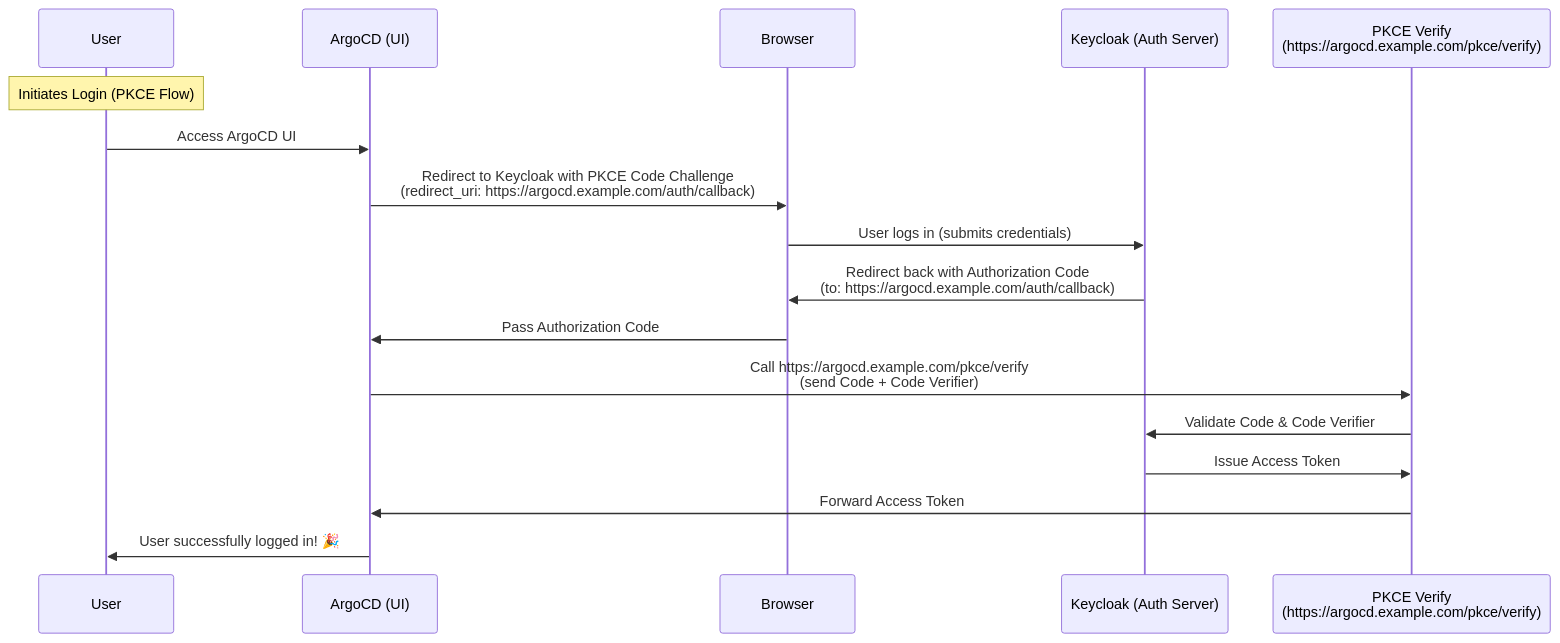
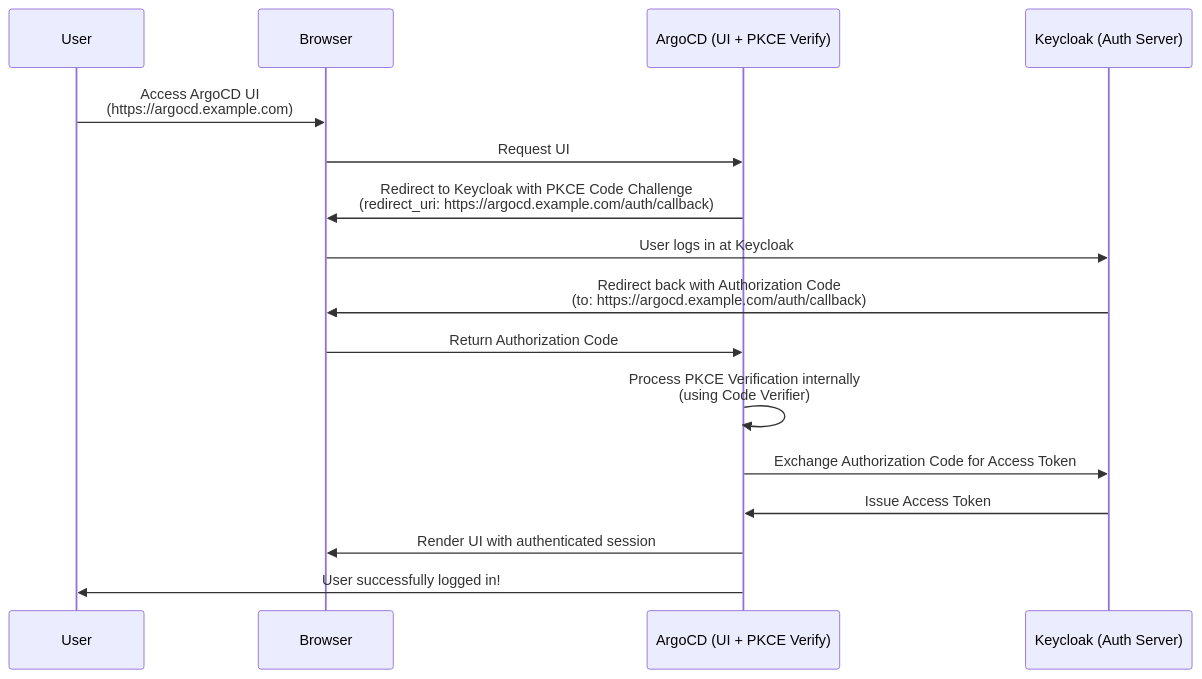
Before and after one commit to IevoniXX/oauth-kt: the diagram in ui-pkce.md, drawn with Mermaid.

````diff
--- a/ui-pkce.md
+++ b/ui-pkce.md
@@ -1,21 +1,21 @@
 ```mermaid
 sequenceDiagram
     participant U as User
-    participant A as ArgoCD (UI)
     participant B as Browser
+    participant A as ArgoCD (UI + PKCE Verify)
     participant K as Keycloak (Auth Server)
-    participant P as PKCE Verify<br/>(https://argocd.example.com/pkce/verify)
 
-    Note over U: Initiates Login (PKCE Flow)
-    U->>A: Access ArgoCD UI
+    U->>B: Access ArgoCD UI<br/>(https://argocd.example.com)
+    B->>A: Request UI
     A->>B: Redirect to Keycloak with PKCE Code Challenge<br/>(redirect_uri: https://argocd.example.com/auth/callback)
-    B->>K: User logs in (submits credentials)
+    B->>K: User logs in at Keycloak
     K->>B: Redirect back with Authorization Code<br/>(to: https://argocd.example.com/auth/callback)
-    B->>A: Pass Authorization Code
-    A->>P: Call https://argocd.example.com/pkce/verify<br/>(send Code + Code Verifier)
-    P->>K: Validate Code & Code Verifier
-    K->>P: Issue Access Token
-    P->>A: Forward Access Token
-    A->>U: User successfully logged in! 🎉
+    B->>A: Return Authorization Code
+    A->>A: Process PKCE Verification internally<br/>(using Code Verifier)
+    A->>K: Exchange Authorization Code for Access Token
+    K->>A: Issue Access Token
+    A->>B: Render UI with authenticated session
+    A->>U: User successfully logged in!
+
 
 ```
````
